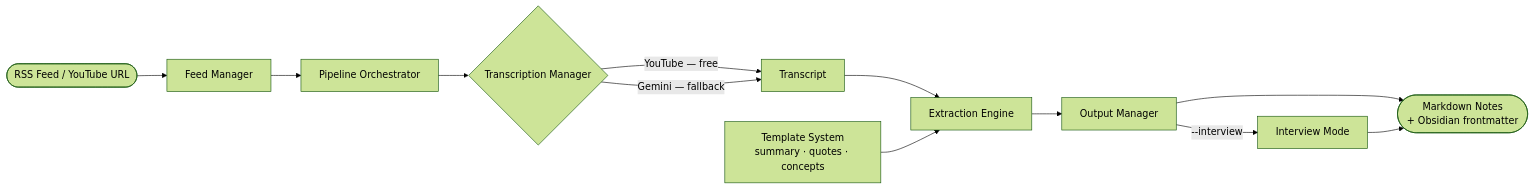
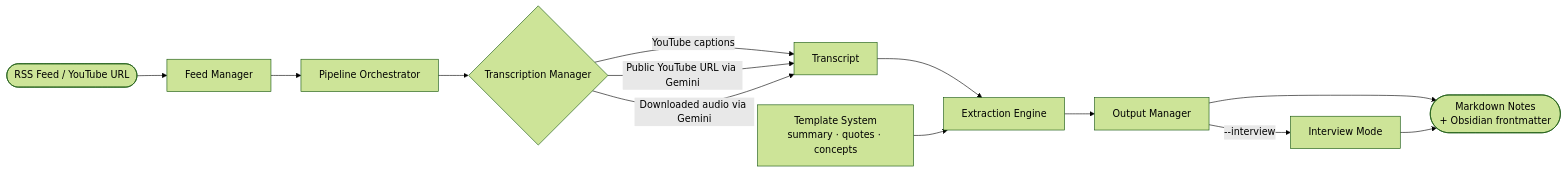
One commit to chekos/inkwell-cli changed the diagram in docs/index.md. Above: the diagram before and after it, drawn with Mermaid (forest theme). The commit also changed other lines of this file and 10 other files, not shown here.

Commit message:
Document web worker YouTube fallback

````diff
--- a/docs/index.md
+++ b/docs/index.md
@@ -76,17 +76,18 @@
 ```mermaid
 graph LR
     A([RSS Feed / YouTube URL]) --> B[Feed Manager]
     B --> C[Pipeline Orchestrator]
 
     C --> D{Transcription Manager}
-    D -->|"YouTube — free"| T[Transcript]
-    D -->|"Gemini — fallback"| T
+    D -->|"YouTube captions"| T[Transcript]
+    D -->|"Public YouTube URL via Gemini"| T
+    D -->|"Downloaded audio via Gemini"| T
 
     T --> E[Extraction Engine]
     F[Template System\nsummary · quotes · concepts] --> E
     E --> G[Output Manager]
 
     G --> H([Markdown Notes\n+ Obsidian frontmatter])
     G -->|"--interview"| I[Interview Mode]
     I --> H
 ```
````
